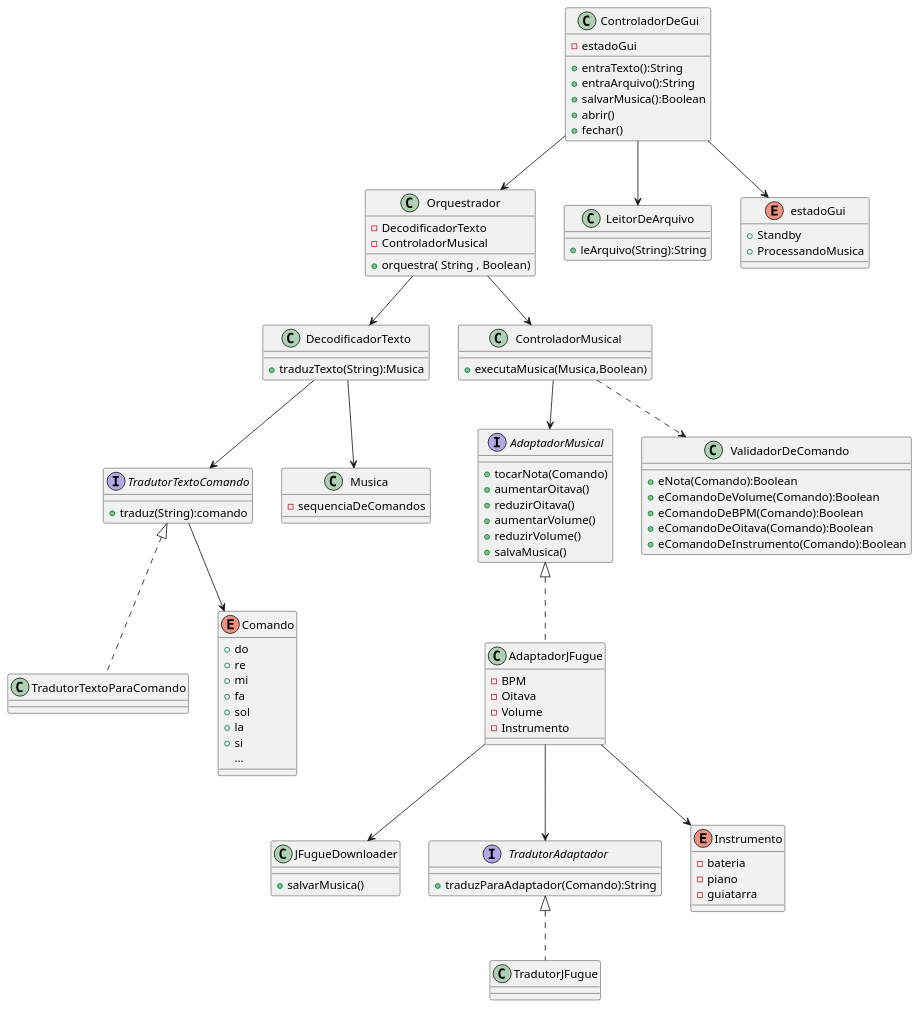
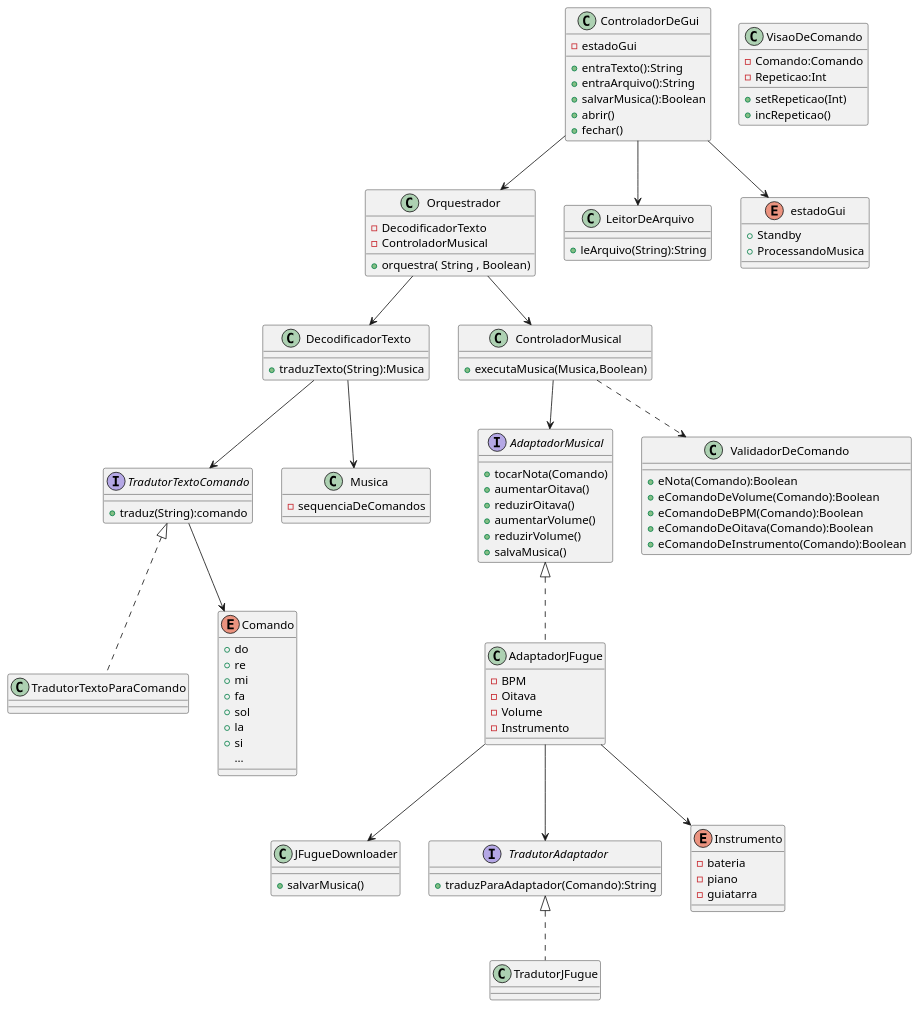
The diagram in diagramaDeClasses.puml (tonelloiago/TCP), drawn with PlantUML before and after one commit. The commit also changed 8 other files, not shown here.

```diff
--- a/diagramaDeClasses.puml
+++ b/diagramaDeClasses.puml
@@ -1,114 +1,121 @@
 @startuml classes
 
 class Orquestrador{
     - DecodificadorTexto
     - ControladorMusical
     + orquestra( String , Boolean)
 }
 
 class ControladorDeGui{
     - estadoGui
     + entraTexto():String
     + entraArquivo():String
     + salvarMusica():Boolean
     + abrir()
     + fechar()
 }
 
 class LeitorDeArquivo{
     + leArquivo(String):String
 }
 
 enum estadoGui{
     + Standby
     + ProcessandoMusica
 }
 
 class DecodificadorTexto{
     + traduzTexto(String):Musica
 }
 
 interface TradutorTextoComando{
     + traduz(String):comando
 }
 
 class TradutorTextoParaComando implements TradutorTextoComando{}
 
 class ControladorMusical{
     + executaMusica(Musica,Boolean)
 }
 
 interface AdaptadorMusical{
     + tocarNota(Comando)
     + aumentarOitava()
     + reduzirOitava()
     + aumentarVolume()
     + reduzirVolume()
     + salvaMusica()
 }
 
 class AdaptadorJFugue implements AdaptadorMusical{
     - BPM
     - Oitava
     - Volume
     - Instrumento
 }
 
 class JFugueDownloader{
     + salvarMusica()
 }
 
 interface TradutorAdaptador{
     + traduzParaAdaptador(Comando):String
 }
 
 class TradutorJFugue implements TradutorAdaptador{
 
 }
 
 enum Instrumento{
     - bateria
     - piano
     - guiatarra
 }
 
+class VisaoDeComando{
+    - Comando:Comando
+    - Repeticao:Int
+    + setRepeticao(Int)
+    + incRepeticao()
+}
+
 enum Comando{
     + do
     + re
     + mi
     + fa
     + sol
     + la
     + si
     ...
 }
 
 class Musica{
     - sequenciaDeComandos
 }
 
 class ValidadorDeComando{
     + eNota(Comando):Boolean
     + eComandoDeVolume(Comando):Boolean
     + eComandoDeBPM(Comando):Boolean
     + eComandoDeOitava(Comando):Boolean
     + eComandoDeInstrumento(Comando):Boolean
 }
 
 
 ControladorDeGui --> Orquestrador
 ControladorDeGui --> LeitorDeArquivo
 AdaptadorJFugue --> JFugueDownloader
 Orquestrador --> ControladorMusical
 Orquestrador --> DecodificadorTexto
 DecodificadorTexto --> TradutorTextoComando
 DecodificadorTexto --> Musica
 ControladorMusical --> AdaptadorMusical
 ControladorMusical ..> ValidadorDeComando
 TradutorTextoComando --> Comando
 ControladorDeGui --> estadoGui
 AdaptadorJFugue --> Instrumento
 AdaptadorJFugue --> TradutorAdaptador
 
 
 @enduml
```
